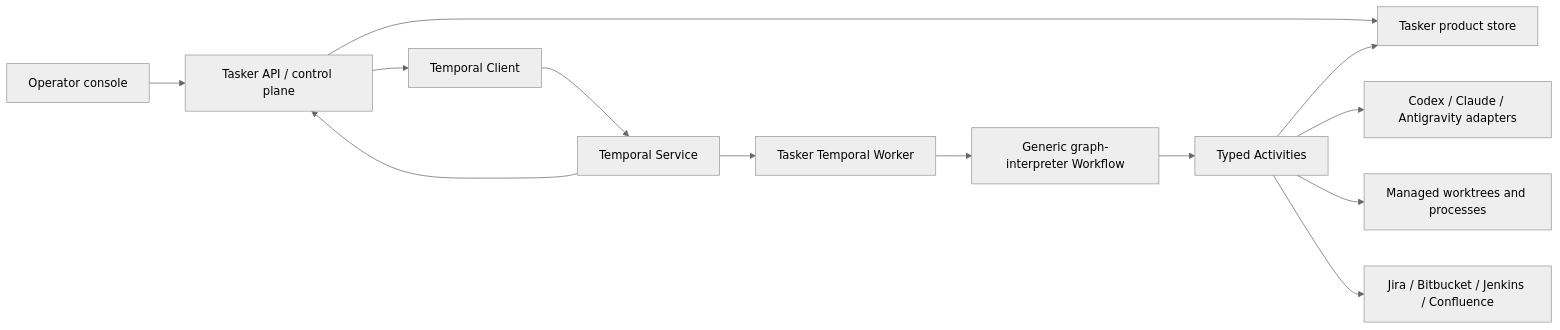
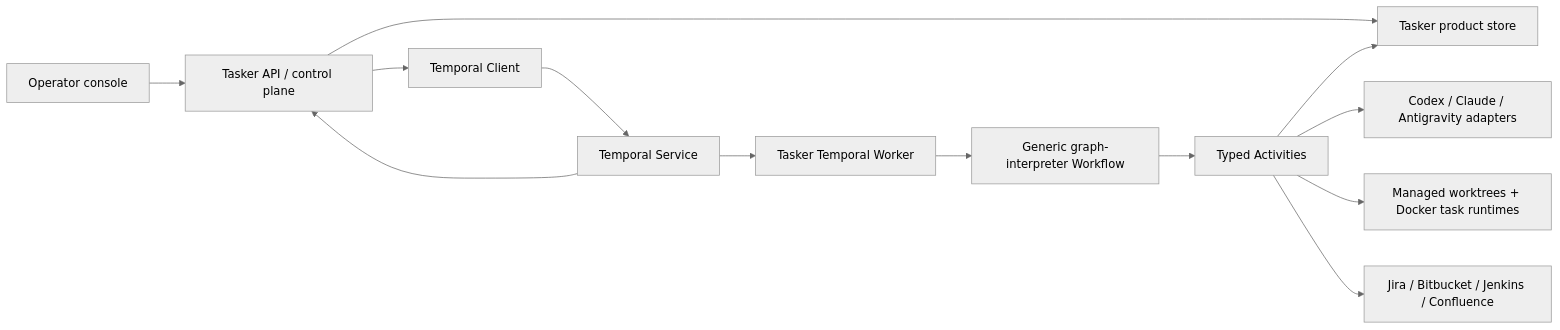
Before and after one commit to Muslik/tasker: the diagram in docs/codex/architecture.md, drawn with Mermaid (neutral theme). The commit also changed other lines of this file and 49 other files, not shown here.

````diff
--- a/docs/codex/architecture.md
+++ b/docs/codex/architecture.md
@@ -61,15 +61,15 @@
 ```mermaid
 flowchart LR
   U["Operator console"] --> API["Tasker API / control plane"]
   API --> DB["Tasker product store"]
   API --> TC["Temporal Client"]
   TC --> TS["Temporal Service"]
   TS --> TW["Tasker Temporal Worker"]
   TW --> WF["Generic graph-interpreter Workflow"]
   WF --> ACT["Typed Activities"]
   ACT --> AG["Codex / Claude / Antigravity adapters"]
-  ACT --> WT["Managed worktrees and processes"]
+  ACT --> WT["Managed worktrees + Docker task runtimes"]
   ACT --> EXT["Jira / Bitbucket / Jenkins / Confluence"]
   ACT --> DB
   TS --> API
 ```
````
